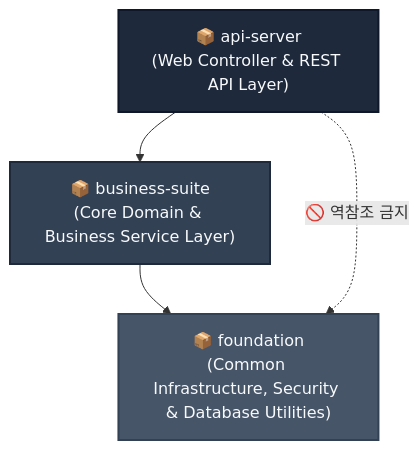
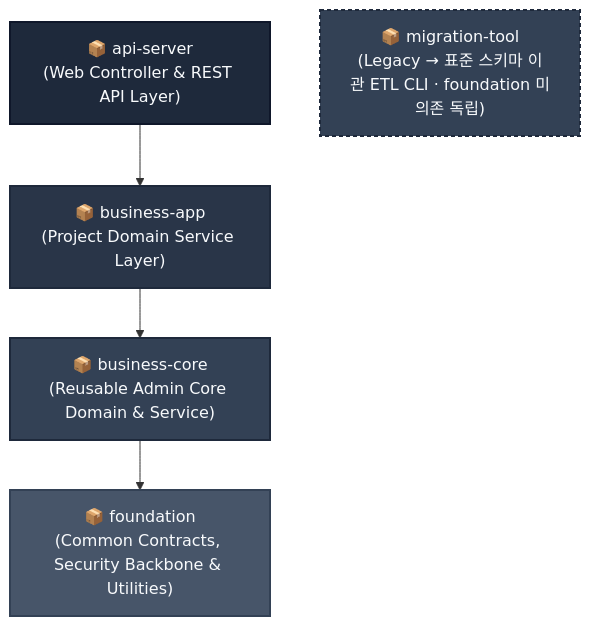
The first of 2 diagrams in docs/02-architecture/backend-architecture.md (lkindo/egov-enterprise), drawn with Mermaid before and after one commit. The commit also changed other lines of this file and 10 other files, not shown here.

````diff
--- a/docs/02-architecture/backend-architecture.md
+++ b/docs/02-architecture/backend-architecture.md
@@ -11,14 +11,18 @@
 ```mermaid
 graph TD
     api["📦 api-server<br>(Web Controller & REST API Layer)"]
-    biz["📦 business-suite<br>(Core Domain & Business Service Layer)"]
-    fnd["📦 foundation<br>(Common Infrastructure, Security & Database Utilities)"]
+    app["📦 business-app<br>(Project Domain Service Layer)"]
+    core["📦 business-core<br>(Reusable Admin Core Domain & Service)"]
+    fnd["📦 foundation<br>(Common Contracts, Security Backbone & Utilities)"]
+    mig["📦 migration-tool<br>(Legacy → 표준 스키마 이관 ETL CLI · foundation 미의존 독립)"]
 
-    api --> biz
-    biz --> fnd
-    api -.->|🚫 역참조 금지| fnd
+    api --> app
+    app --> core
+    core --> fnd
 
     style api fill:#1e293b,stroke:#0f172a,stroke-width:2px,color:#f8fafc
-    style biz fill:#334155,stroke:#1e293b,stroke-width:2px,color:#f8fafc
+    style app fill:#293548,stroke:#1e293b,stroke-width:2px,color:#f8fafc
+    style core fill:#334155,stroke:#1e293b,stroke-width:2px,color:#f8fafc
     style fnd fill:#475569,stroke:#334155,stroke-width:2px,color:#f8fafc
+    style mig fill:#334155,stroke:#1e293b,stroke-width:2px,color:#f8fafc,stroke-dasharray: 4 3
 ```
````
